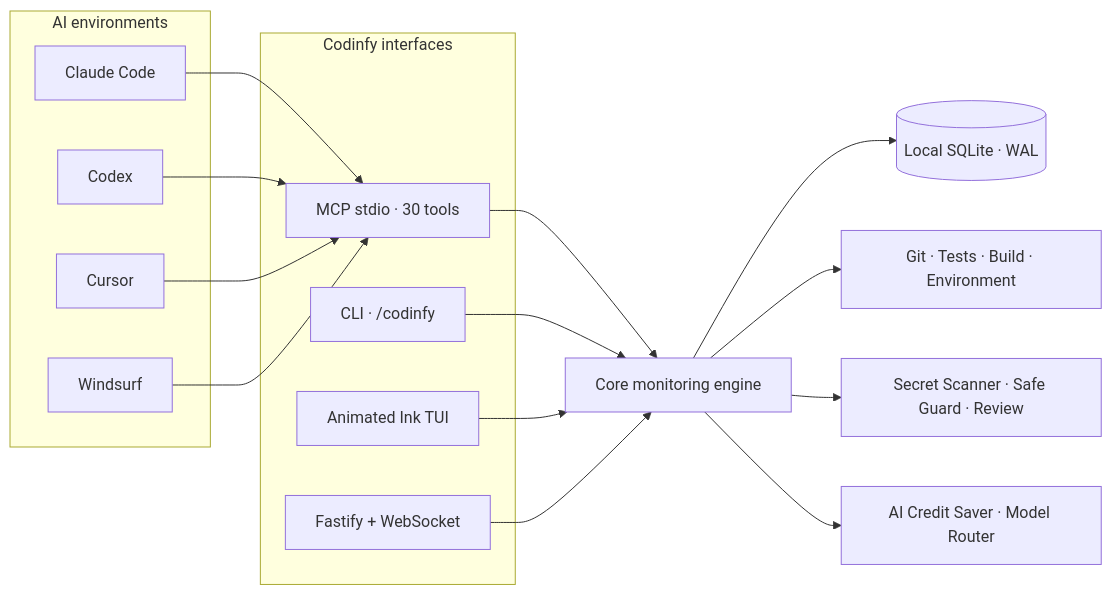
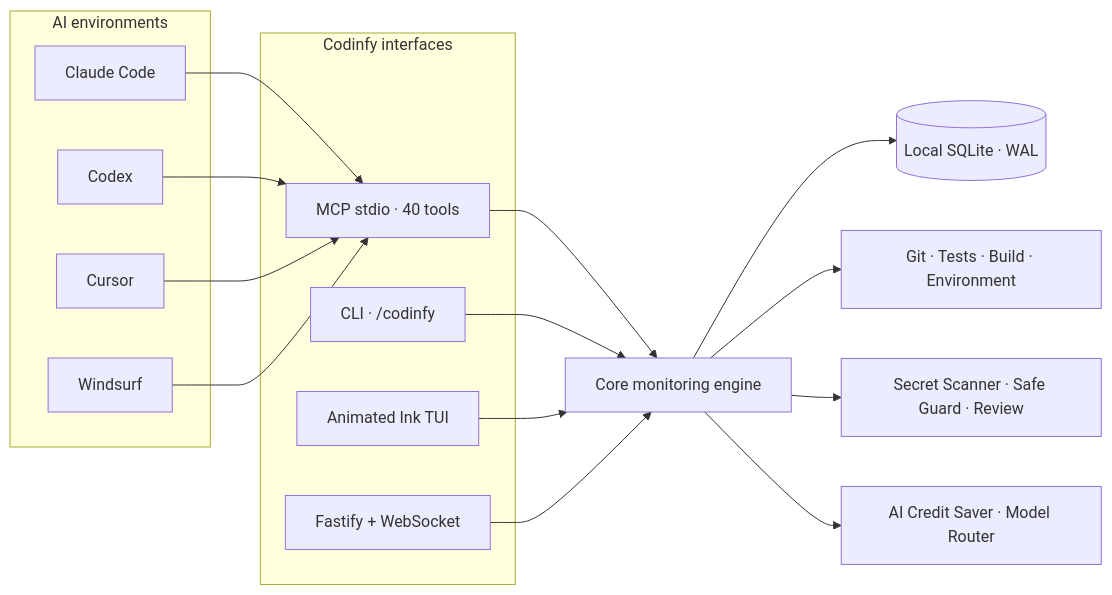
The diagram in README.md (bakalagoin/codinfy-agent-monitor), drawn with Mermaid before and after one commit. The commit also changed other lines of this file, not shown here.

Commit message:
docs: sync README badges and MCP tool list with 0.1.2

````diff
--- a/README.md
+++ b/README.md
@@ -283,29 +285,29 @@
 ```mermaid
 flowchart LR
   subgraph Hosts[AI environments]
     Claude[Claude Code]
     Codex[Codex]
     Cursor[Cursor]
     Windsurf[Windsurf]
   end
 
   subgraph Interfaces[Codinfy interfaces]
-    MCP[MCP stdio · 30 tools]
+    MCP[MCP stdio · 40 tools]
     CLI[CLI · /codinfy]
     TUI[Animated Ink TUI]
     WEB[Fastify + WebSocket]
   end
 
   CORE[Core monitoring engine]
   DB[(Local SQLite · WAL)]
   OPS[Git · Tests · Build · Environment]
   TRUST[Secret Scanner · Safe Guard · Review]
   ROUTER[AI Credit Saver · Model Router]
 
   Claude & Codex & Cursor & Windsurf --> MCP
   MCP & CLI & TUI & WEB --> CORE
   CORE --> DB
   CORE --> OPS
   CORE --> TRUST
   CORE --> ROUTER
 ```
````
